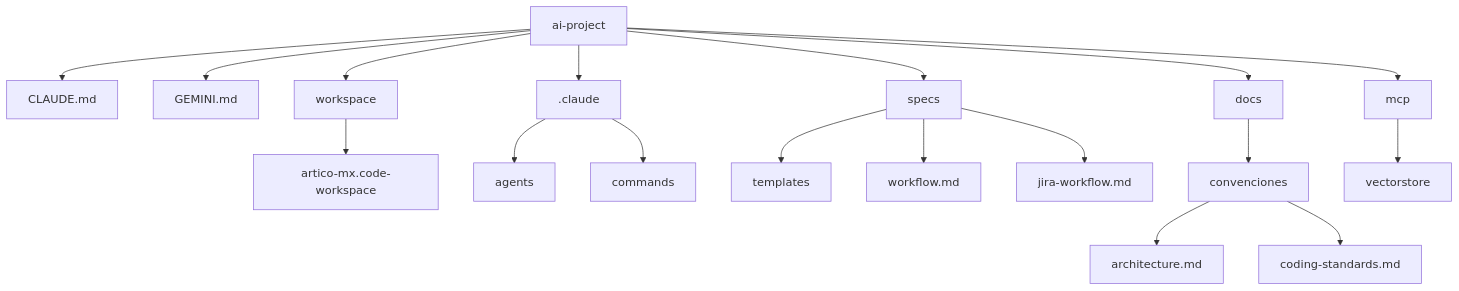
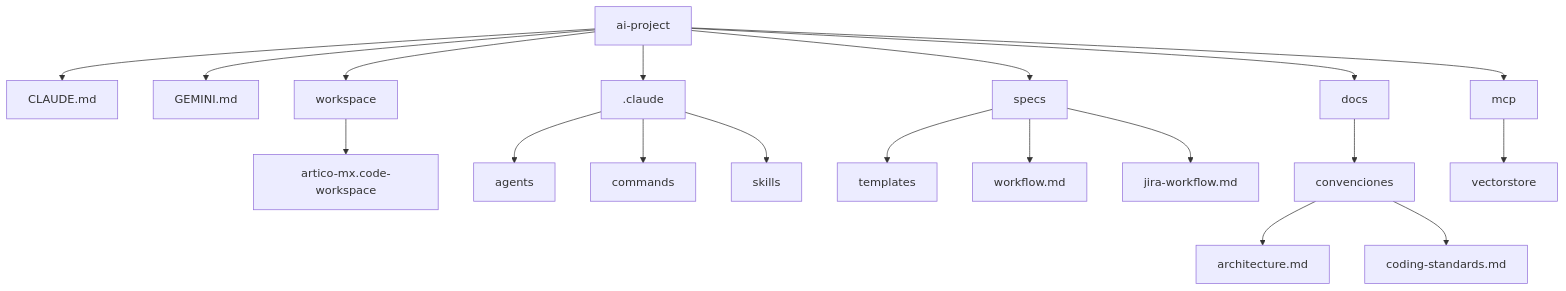
Before and after one commit to jcvenegas-avla/ai-project: the diagram in docs/readme/arquitectura-del-proyecto.md, drawn with Mermaid. The commit also changed other lines of this file and 6 other files, not shown here.

````diff
--- a/docs/readme/arquitectura-del-proyecto.md
+++ b/docs/readme/arquitectura-del-proyecto.md
@@ -43,44 +44,46 @@
 ```mermaid
 graph TD
 
 ROOT["ai-project"]
 CLAUDEMD["CLAUDE.md"]
 GEMINIMD["GEMINI.md"]
 WORKSPACE["workspace"]
 WORKSPACEFILE["artico-mx.code-workspace"]
 
 CLAUDE[".claude"]
 AGENTS["agents"]
 COMMANDS["commands"]
+SKILLS["skills"]
 
 SPECS["specs"]
 TEMPLATES["templates"]
 
 DOCS["docs"]
 CONVENCIONES["convenciones"]
 
 MCP["mcp"]
 VECTORSTORE["vectorstore"]
 
 ROOT --> CLAUDEMD
 ROOT --> GEMINIMD
 ROOT --> WORKSPACE
 WORKSPACE --> WORKSPACEFILE
 ROOT --> CLAUDE
 ROOT --> SPECS
 ROOT --> DOCS
 ROOT --> MCP
 
 CLAUDE --> AGENTS
 CLAUDE --> COMMANDS
+CLAUDE --> SKILLS
 
 SPECS --> TEMPLATES
 SPECS --> WORKFLOW["workflow.md"]
 SPECS --> JIRA["jira-workflow.md"]
 
 DOCS --> CONVENCIONES
 CONVENCIONES --> ARCH["architecture.md"]
 CONVENCIONES --> STANDARDS["coding-standards.md"]
 
 MCP --> VECTORSTORE
 ```
````
